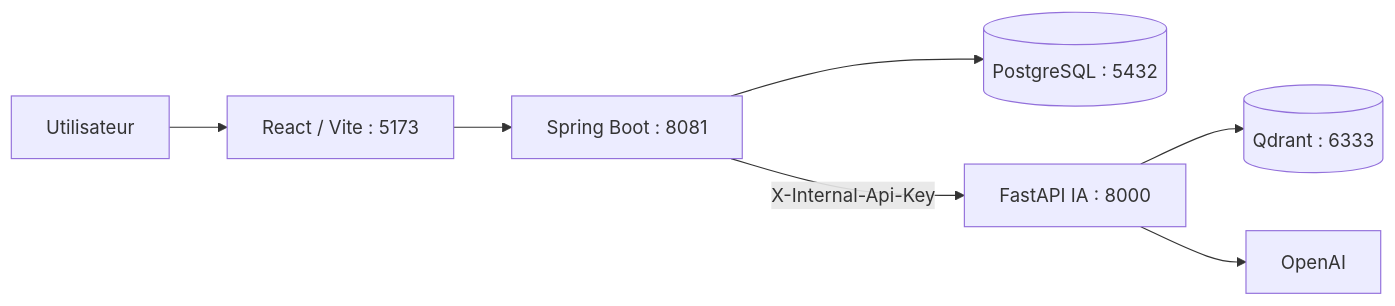
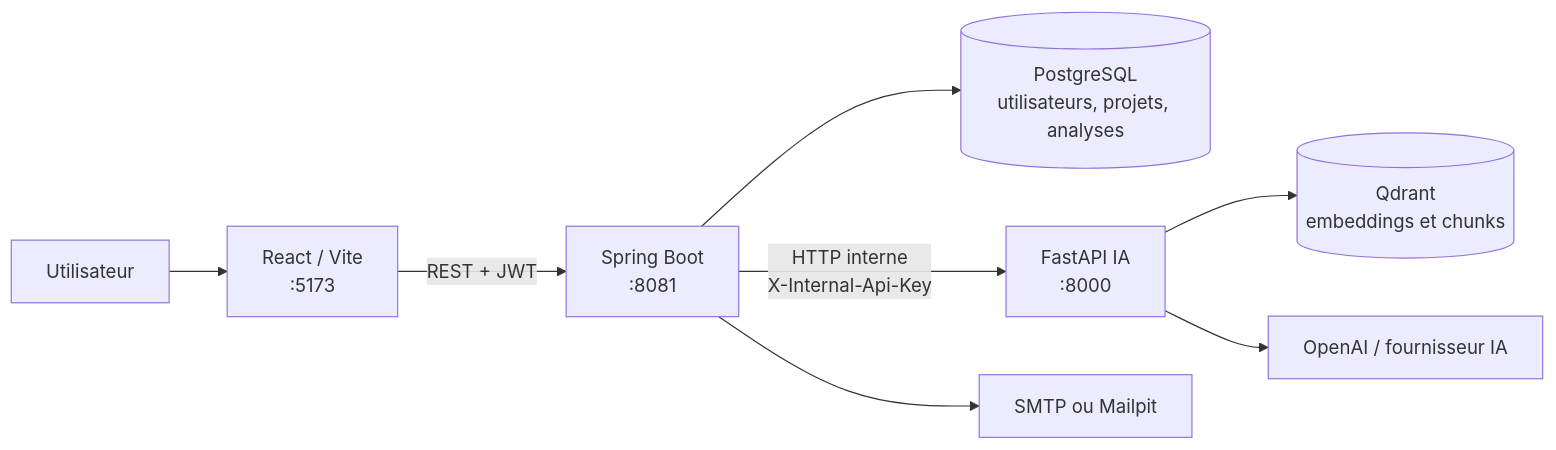
One commit to omarfh111/engineering-copilot-ai changed the first of 5 diagrams in README.md. Above: the diagram before and after it, drawn with Mermaid. The commit also changed other lines of this file and 1 other file, not shown here.

````diff
--- a/README.md
+++ b/README.md
@@ -28,9 +55,10 @@
 ```mermaid
 flowchart LR
-  U[Utilisateur] --> F[React / Vite : 5173]
-  F --> B[Spring Boot : 8081]
-  B --> P[(PostgreSQL : 5432)]
-  B -->|X-Internal-Api-Key| A[FastAPI IA : 8000]
-  A --> Q[(Qdrant : 6333)]
-  A --> O[OpenAI]
+  U["Utilisateur"] --> F["React / Vite\n:5173"]
+  F -->|"REST + JWT"| B["Spring Boot\n:8081"]
+  B --> P[("PostgreSQL\nutilisateurs, projets, analyses")]
+  B -->|"HTTP interne\nX-Internal-Api-Key"| A["FastAPI IA\n:8000"]
+  A --> Q[("Qdrant\nembeddings et chunks")]
+  A --> O["OpenAI / fournisseur IA"]
+  B --> M["SMTP ou Mailpit"]
 ```
````
